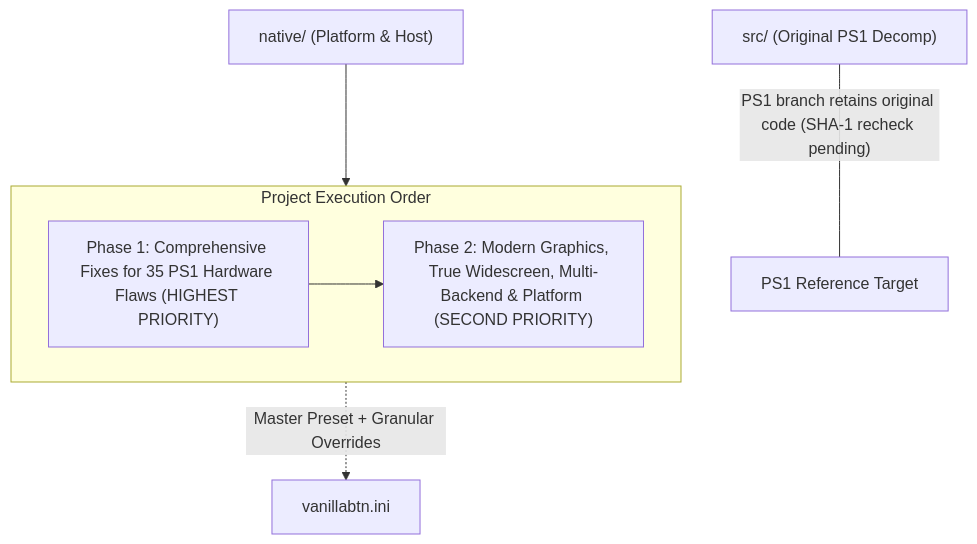
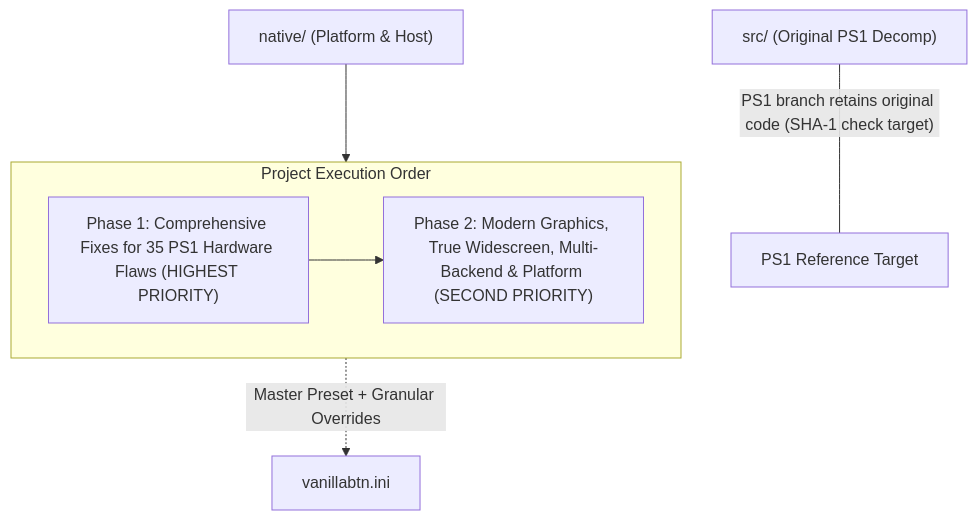
One commit to kodeaqua/VanillaBTN changed the diagram in docs/enhancements.md. Above: the diagram before and after it, drawn with Mermaid. The commit also changed 2 other files, not shown here.

Commit message:
docs: replace stale farm and SHA-1 status with verified native state
Verified: farm sources link into game_main, native main calls game_main(), a Debug rebuild of the farm sources reports exactly two pointer-width warnings and no C4013, 72/72 CTest pass, and the --cycle probe reaches farm and returns to title. Track the two warnings in TODO.md.

````diff
--- a/docs/enhancements.md
+++ b/docs/enhancements.md
@@ -12,13 +12,13 @@
 ```mermaid
 flowchart TD
-    OriginalSrc["src/ (Original PS1 Decomp)"] --- |"PS1 branch retains original code (SHA-1 recheck pending)"| PS1Build["PS1 Reference Target"]
+    OriginalSrc["src/ (Original PS1 Decomp)"] --- |"PS1 branch retains original code (SHA-1 check target)"| PS1Build["PS1 Reference Target"]
     
     subgraph Execution_Order["Project Execution Order"]
         Step1["Phase 1: Comprehensive Fixes for 35 PS1 Hardware Flaws (HIGHEST PRIORITY)"]
         Step2["Phase 2: Modern Graphics, True Widescreen, Multi-Backend & Platform (SECOND PRIORITY)"]
         Step1 --> Step2
     end
     
     NativeHost["native/ (Platform & Host)"] --> Execution_Order
     Execution_Order -.->|Master Preset + Granular Overrides| Config["vanillabtn.ini"]
 ```
````
